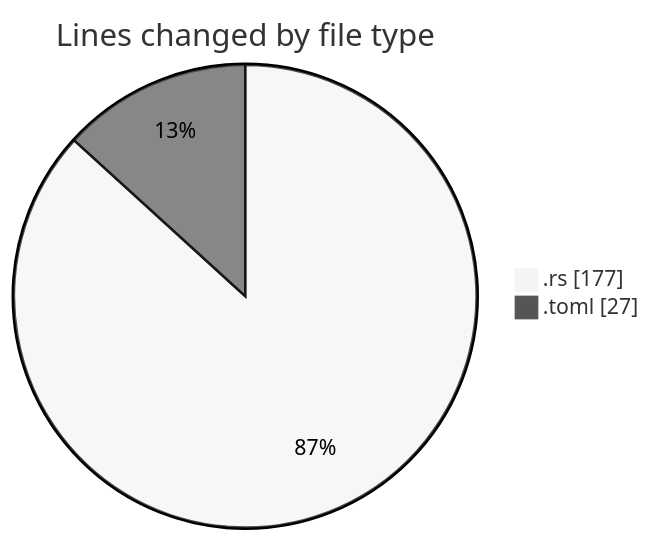
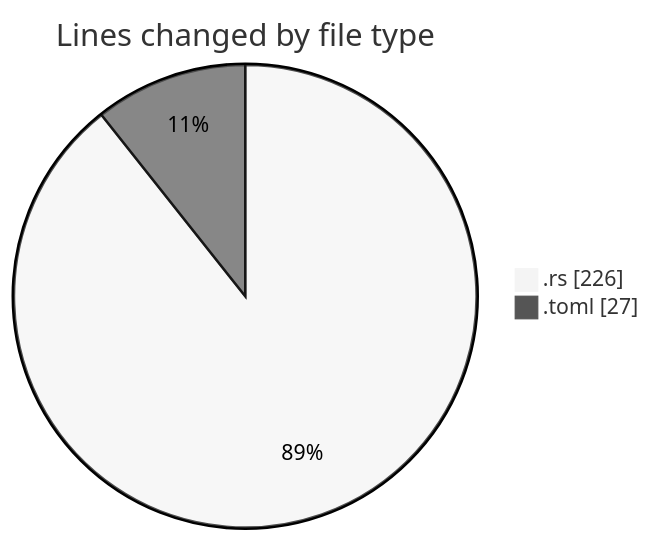
The first of 2 diagrams in 2025-12-27/rust/README.md (Ritupan-Deka/code-tracking), drawn with Mermaid (neutral theme) before and after one commit. The commit also changed other lines of this file and 1 other file, not shown here.

````diff
--- a/2025-12-27/rust/README.md
+++ b/2025-12-27/rust/README.md
@@ -21,6 +21,6 @@
 ```mermaid
 pie showData
 title Lines changed by file type
-".rs" : 177
+".rs" : 226
 ".toml" : 27
 ```
````
